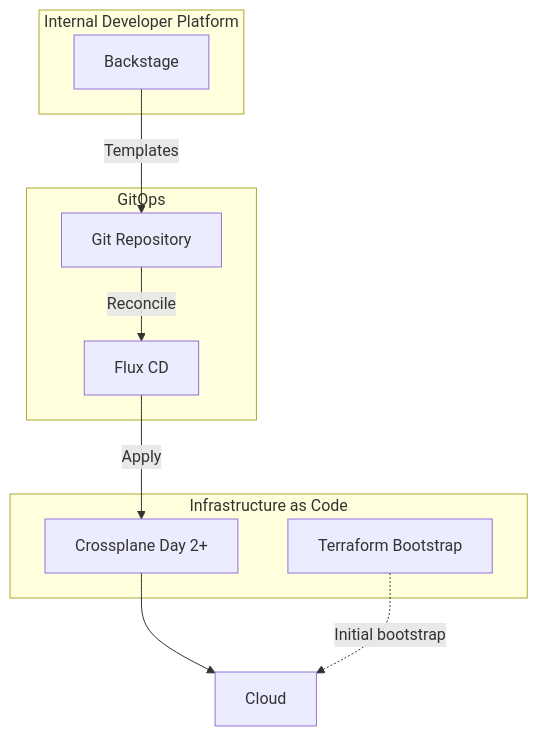
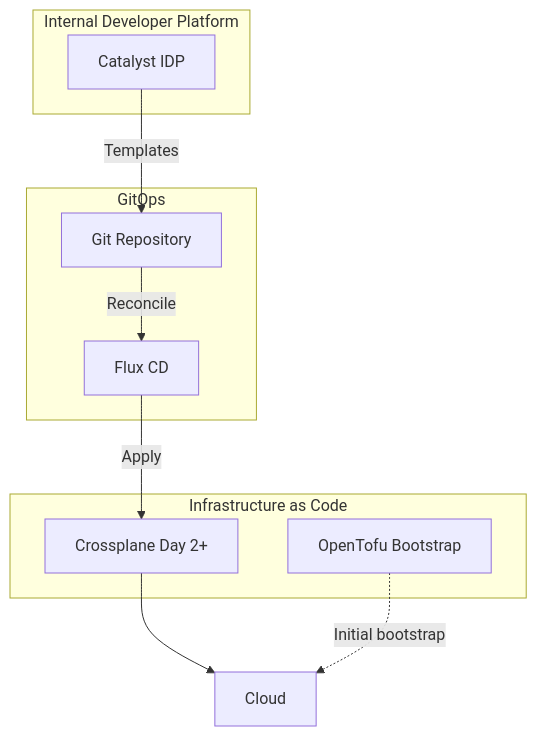
One commit to openova-io/openova changed the fourth of 4 diagrams in docs/SRE.md. Above: the diagram before and after it, drawn with Mermaid. The commit also changed other lines of this file and 50 other files, not shown here.

````diff
--- a/docs/SRE.md
+++ b/docs/SRE.md
@@ -270,22 +270,22 @@
 ```mermaid
 flowchart TB
     subgraph IDP["Internal Developer Platform"]
-        BS[Backstage]
+        CAT[Catalyst IDP]
     end
 
     subgraph GitOps
         Git[Git Repository]
         Flux[Flux CD]
     end
 
     subgraph IaC["Infrastructure as Code"]
-        TF[Terraform Bootstrap]
+        TF[OpenTofu Bootstrap]
         CP[Crossplane Day 2+]
     end
 
-    BS -->|"Templates"| Git
+    CAT -->|"Templates"| Git
     Git -->|"Reconcile"| Flux
     Flux -->|"Apply"| CP
     CP --> Cloud
     TF -.->|"Initial bootstrap"| Cloud
 ```
````
